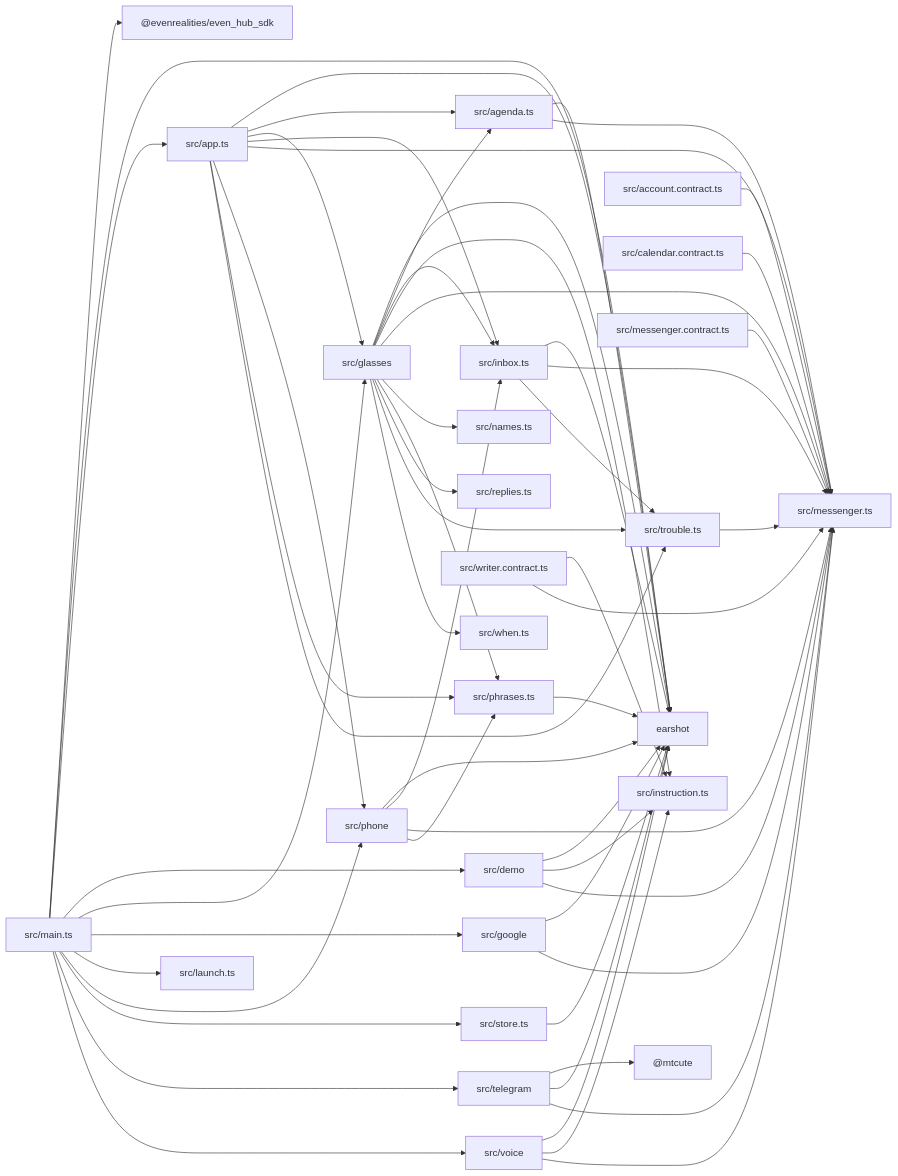
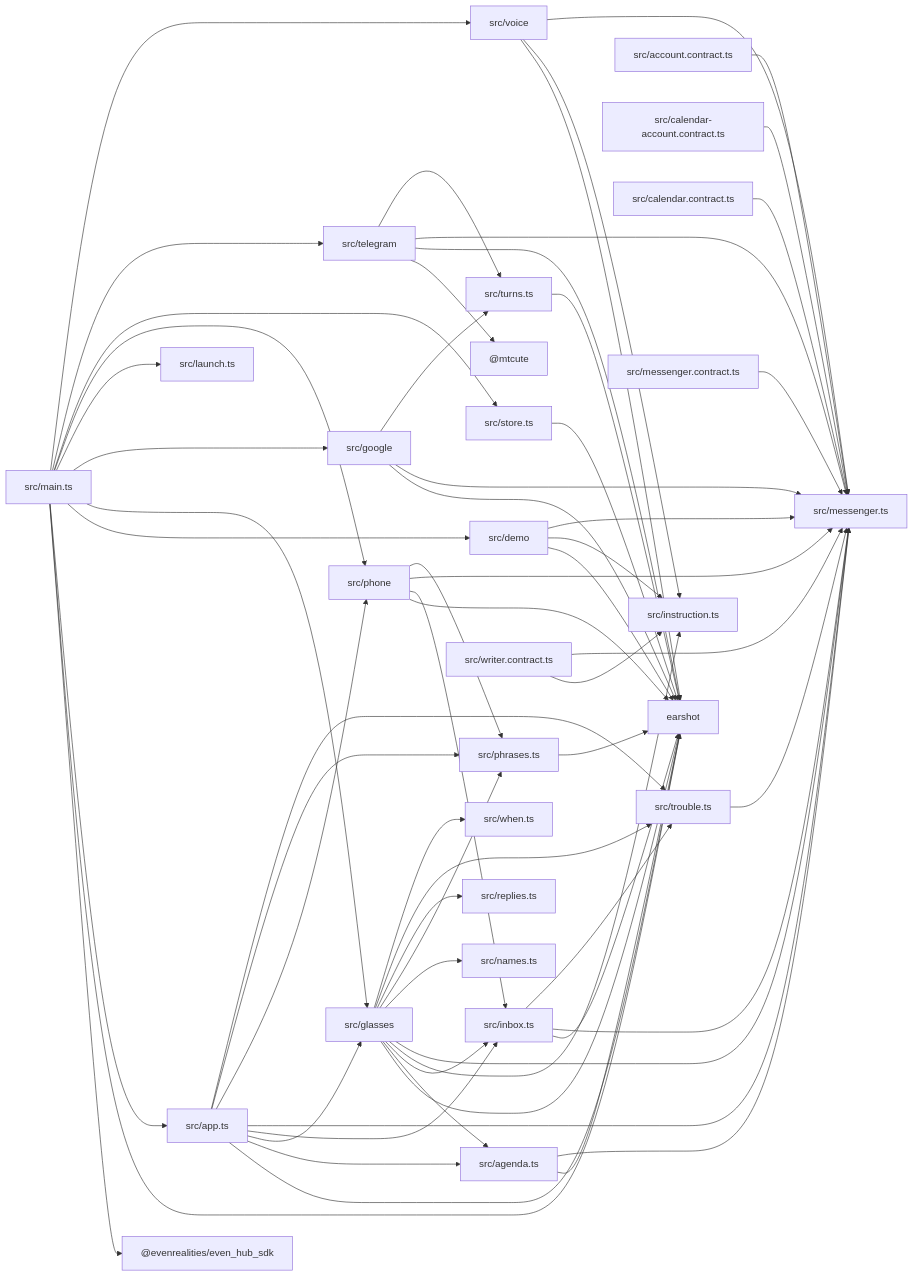
One commit to jarekbird/paper-plane changed the second of 2 diagrams in docs/architecture.md. Above: the diagram before and after it, drawn with Mermaid. The commit also changed 18 other files, not shown here.

First line of the commit message:
Calendar, review round 1: a Google sign-in's results belong to that sign-in, and a refusal is told from a hiccup

```diff
--- a/docs/architecture.md
+++ b/docs/architecture.md
@@ -94,6 +94,7 @@
   src_account_contract_ts["src/account.contract.ts"]
   src_agenda_ts["src/agenda.ts"]
   src_app_ts["src/app.ts"]
+  src_calendar_account_contract_ts["src/calendar-account.contract.ts"]
   src_calendar_contract_ts["src/calendar.contract.ts"]
   src_demo["src/demo"]
   src_glasses["src/glasses"]
@@ -111,6 +112,7 @@
   src_store_ts["src/store.ts"]
   src_telegram["src/telegram"]
   src_trouble_ts["src/trouble.ts"]
+  src_turns_ts["src/turns.ts"]
   src_voice["src/voice"]
   src_when_ts["src/when.ts"]
   src_writer_contract_ts["src/writer.contract.ts"]
@@ -125,6 +127,7 @@
   src_app_ts --> src_phone
   src_app_ts --> src_phrases_ts
   src_app_ts --> src_trouble_ts
+  src_calendar_account_contract_ts --> src_messenger_ts
   src_calendar_contract_ts --> src_messenger_ts
   src_demo --> earshot
   src_demo --> src_instruction_ts
@@ -141,6 +144,7 @@
   src_glasses --> src_when_ts
   src_google --> earshot
   src_google --> src_messenger_ts
+  src_google --> src_turns_ts
   src_inbox_ts --> earshot
   src_inbox_ts --> src_messenger_ts
   src_inbox_ts --> src_trouble_ts
@@ -165,7 +169,9 @@
   src_telegram --> _mtcute
   src_telegram --> earshot
   src_telegram --> src_messenger_ts
+  src_telegram --> src_turns_ts
   src_trouble_ts --> src_messenger_ts
+  src_turns_ts --> earshot
   src_voice --> earshot
   src_voice --> src_instruction_ts
   src_voice --> src_messenger_ts
```
